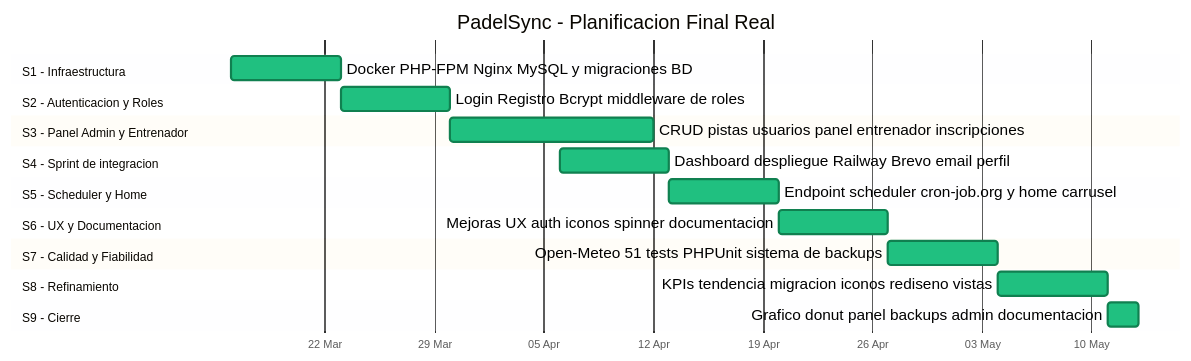
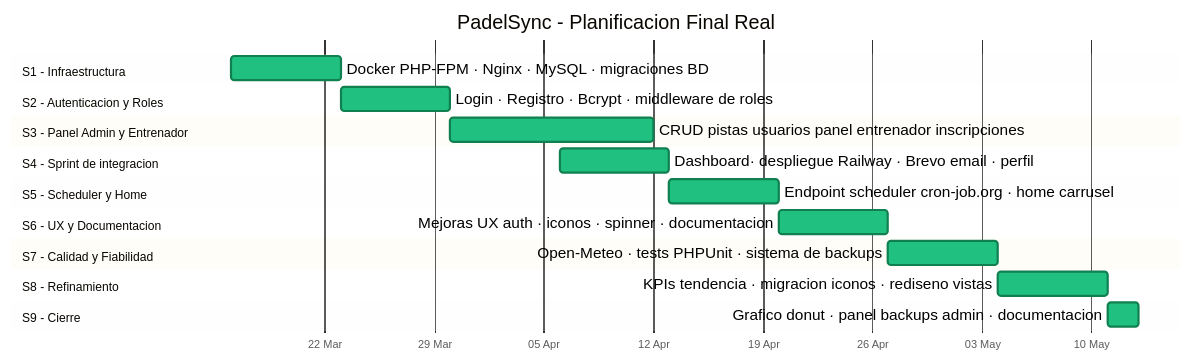
The first of 2 diagrams in docs/PLANIFICACION_REAL.md (pabloiglepe/Prueba1---TFG), drawn with Mermaid before and after one commit.

Commit message:
Actualizar documentación

````diff
--- a/docs/PLANIFICACION_REAL.md
+++ b/docs/PLANIFICACION_REAL.md
@@ -10,25 +10,25 @@
 ```mermaid
 %%{init: {'theme': 'base', 'gantt': {'leftPadding': 200, 'barHeight': 22, 'barGap': 6, 'fontSize': 14}, 'themeVariables': {'fontFamily': 'Arial Black', 'doneTaskBkgColor': '#e8a020', 'doneTaskBorderColor': '#b07010', 'activeTaskBkgColor': '#20c080', 'activeTaskBorderColor': '#108050', 'critBkgColor': '#ff3333', 'critBorderColor': '#cc0000', 'taskTextColor': '#000000', 'taskTextOutsideColor': '#000000', 'taskTextLightColor': '#000000', 'taskTextDarkColor': '#000000', 'todayLineColor': '#ffffff'}}}%%
 gantt
     title PadelSync - Planificacion Final Real
     dateFormat  YYYY-MM-DD
     axisFormat  %d %b
     section S1 - Infraestructura
-    Docker PHP-FPM Nginx MySQL y migraciones BD        :active, 2026-03-16, 7d
+    Docker PHP-FPM · Nginx · MySQL · migraciones BD        :active, 2026-03-16, 7d
     section S2 - Autenticacion y Roles
-    Login Registro Bcrypt middleware de roles           :active, 2026-03-23, 7d
+    Login · Registro · Bcrypt · middleware de roles           :active, 2026-03-23, 7d
     section S3 - Panel Admin y Entrenador
     CRUD pistas usuarios panel entrenador inscripciones:active, 2026-03-30, 13d
     section S4 - Sprint de integracion
-    Dashboard despliegue Railway Brevo email perfil    :active, 2026-04-06, 7d
+    Dashboard· despliegue Railway · Brevo email · perfil    :active, 2026-04-06, 7d
     section S5 - Scheduler y Home
-    Endpoint scheduler cron-job.org y home carrusel    :active, 2026-04-13, 7d
+    Endpoint scheduler cron-job.org · home carrusel    :active, 2026-04-13, 7d
     section S6 - UX y Documentacion
-    Mejoras UX auth iconos spinner documentacion       :active, 2026-04-20, 7d
+    Mejoras UX auth · iconos · spinner · documentacion       :active, 2026-04-20, 7d
     section S7 - Calidad y Fiabilidad
-    Open-Meteo 51 tests PHPUnit sistema de backups     :active, 2026-04-27, 7d
+    Open-Meteo · tests PHPUnit · sistema de backups     :active, 2026-04-27, 7d
     section S8 - Refinamiento
-    KPIs tendencia migracion iconos rediseno vistas    :active, 2026-05-04, 7d
+    KPIs tendencia · migracion iconos · rediseno vistas    :active, 2026-05-04, 7d
     section S9 - Cierre
-    Grafico donut panel backups admin documentacion    :active, 2026-05-11, 2d
+    Grafico donut · panel backups admin · documentacion    :active, 2026-05-11, 2d
 ```
````
